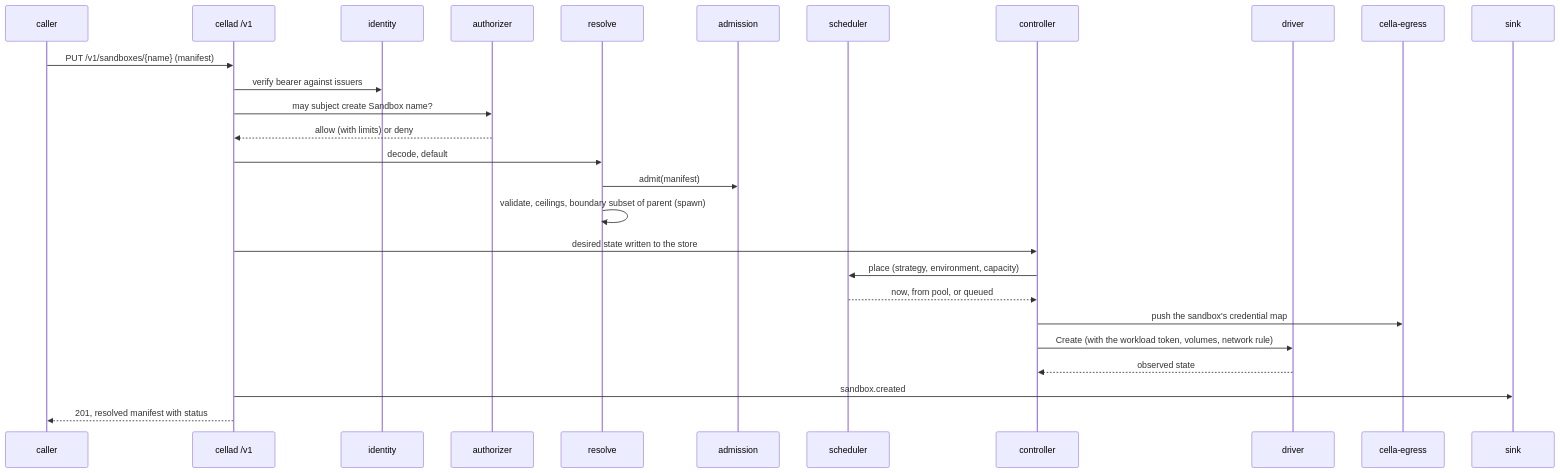
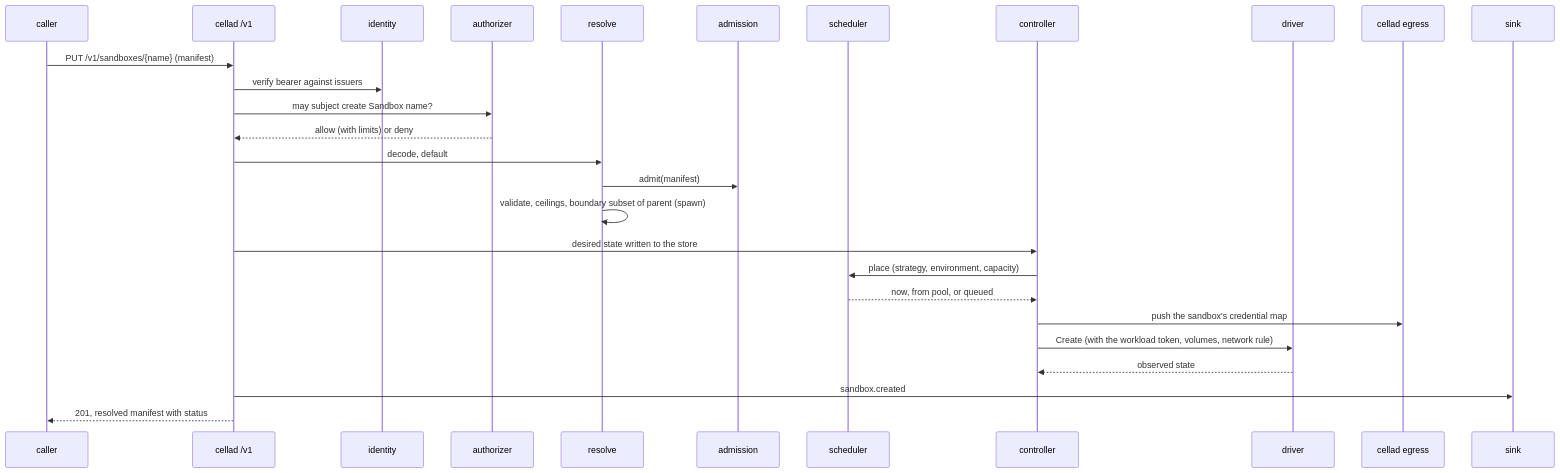
Before and after one commit to latere-ai/cella: the second of 2 diagrams in specs/001-architecture.md, drawn with Mermaid. The commit also changed other lines of this file and 7 other files, not shown here.

Commit message:
specs: ship two binaries, cellad with serve, worker, egress, and check as roles, and the cella client

````diff
--- a/specs/001-architecture.md
+++ b/specs/001-architecture.md
@@ -195,29 +208,29 @@
 ```mermaid
 sequenceDiagram
   participant C as caller
   participant A as cellad /v1
   participant I as identity
   participant Z as authorizer
   participant M as resolve
   participant D as admission
   participant S as scheduler
   participant K as controller
   participant R as driver
-  participant G as cella-egress
+  participant G as cellad egress
   participant E as sink
   C->>A: PUT /v1/sandboxes/{name} (manifest)
   A->>I: verify bearer against issuers
   A->>Z: may subject create Sandbox name?
   Z-->>A: allow (with limits) or deny
   A->>M: decode, default
   M->>D: admit(manifest)
   M->>M: validate, ceilings, boundary subset of parent (spawn)
   A->>K: desired state written to the store
   K->>S: place (strategy, environment, capacity)
   S-->>K: now, from pool, or queued
   K->>G: push the sandbox's credential map
   K->>R: Create (with the workload token, volumes, network rule)
   R-->>K: observed state
   A->>E: sandbox.created
   A-->>C: 201, resolved manifest with status
 ```
````
